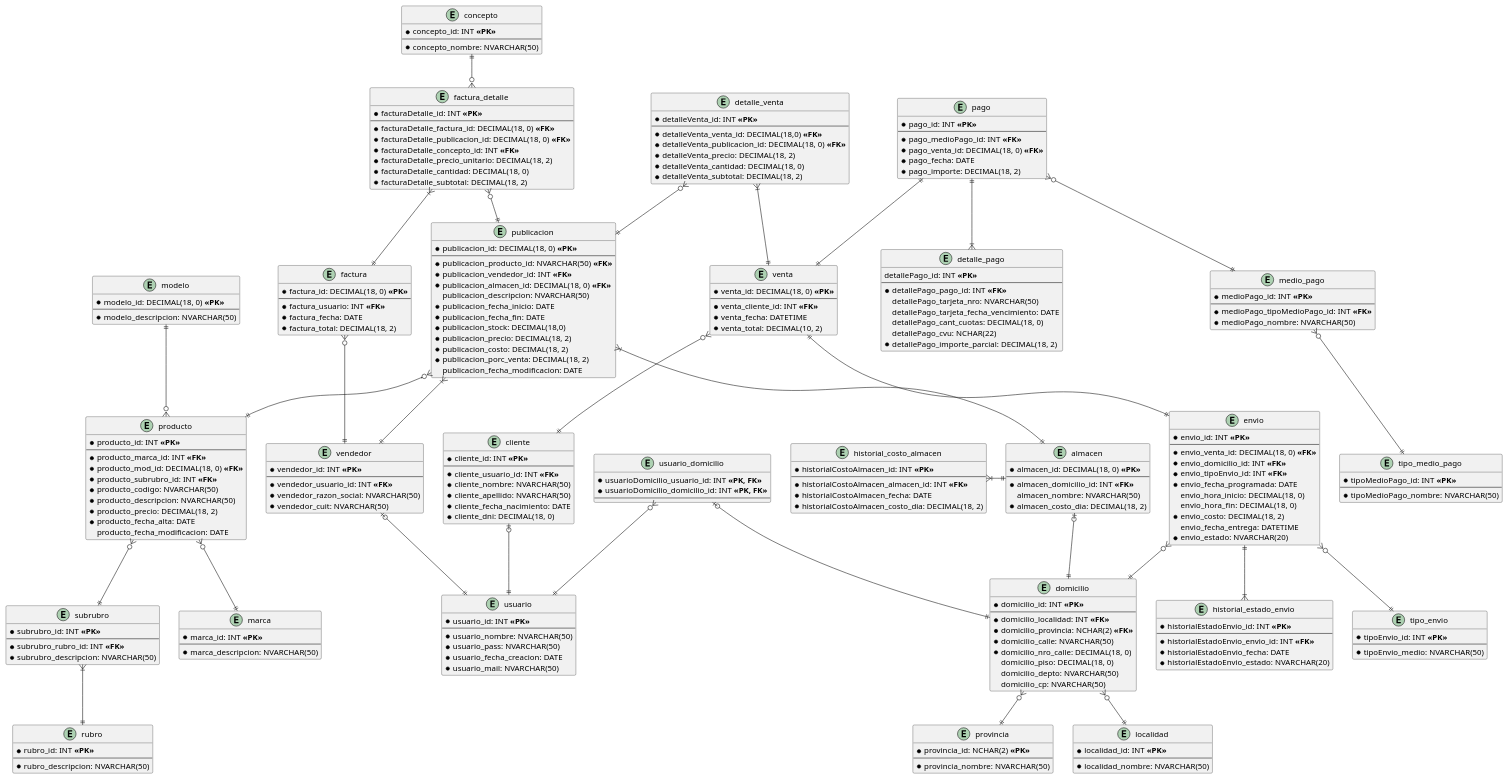
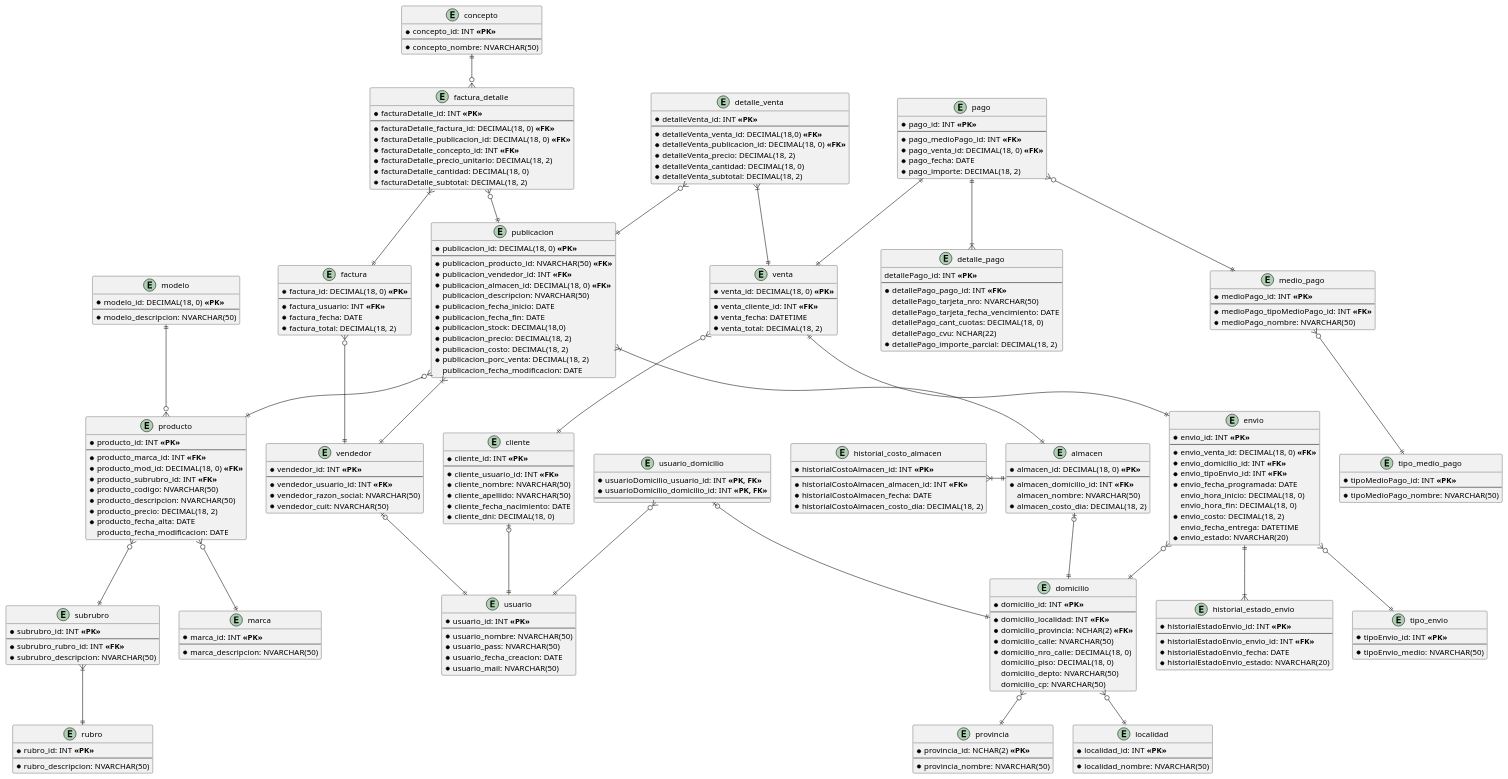
The diagram in diagramas/diagrama-entidad-relacion-inicial.puml (eitan-wajsberg/tp-gdd-2024-2C), drawn with PlantUML before and after one commit. The commit also changed 2 other files, not shown here.

```diff
--- a/diagramas/diagrama-entidad-relacion-inicial.puml
+++ b/diagramas/diagrama-entidad-relacion-inicial.puml
@@ -83,7 +83,7 @@
   --
     * venta_cliente_id: INT **<<FK>>**
     * venta_fecha: DATETIME
-    * venta_total: DECIMAL(10, 2)
+    * venta_total: DECIMAL(18, 2)
 }
 
 entity "detalle_venta" {
```
